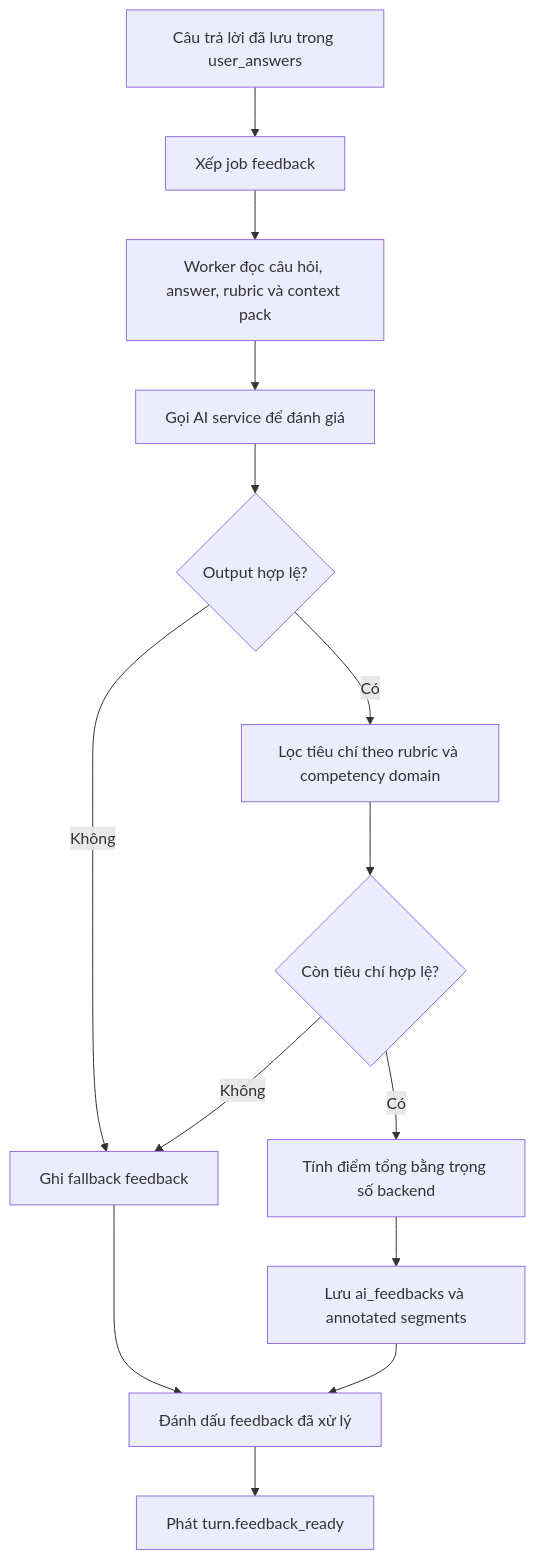
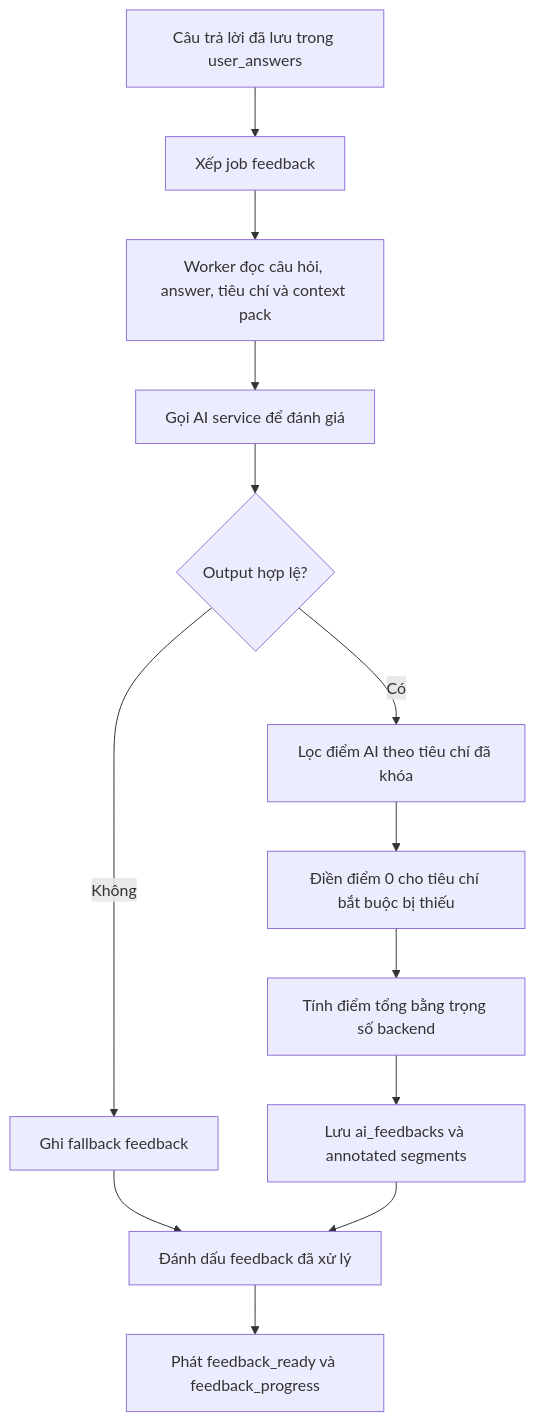
Diagram 12 of 18 in docs/final_report/Chuong4.md (lethanhan01/interview-coach), drawn with Mermaid before and after one commit. The commit also changed other lines of this file and 2 other files, not shown here.

````diff
--- a/docs/final_report/Chuong4.md
+++ b/docs/final_report/Chuong4.md
@@ -679,16 +752,15 @@
 ```mermaid
 flowchart TD
     A[Câu trả lời đã lưu trong user_answers] --> B[Xếp job feedback]
-    B --> C[Worker đọc câu hỏi, answer, rubric và context pack]
+    B --> C[Worker đọc câu hỏi, answer, tiêu chí và context pack]
     C --> D[Gọi AI service để đánh giá]
     D --> E{Output hợp lệ?}
     E -->|Không| F[Ghi fallback feedback]
-    E -->|Có| G[Lọc tiêu chí theo rubric và competency domain]
-    G --> H{Còn tiêu chí hợp lệ?}
-    H -->|Không| F
-    H -->|Có| I[Tính điểm tổng bằng trọng số backend]
+    E -->|Có| G[Lọc điểm AI theo tiêu chí đã khóa]
+    G --> H[Điền điểm 0 cho tiêu chí bắt buộc bị thiếu]
+    H --> I[Tính điểm tổng bằng trọng số backend]
     I --> J[Lưu ai_feedbacks và annotated segments]
     F --> K[Đánh dấu feedback đã xử lý]
     J --> K
-    K --> L[Phát turn.feedback_ready]
+    K --> L[Phát feedback_ready và feedback_progress]
 ```
````
